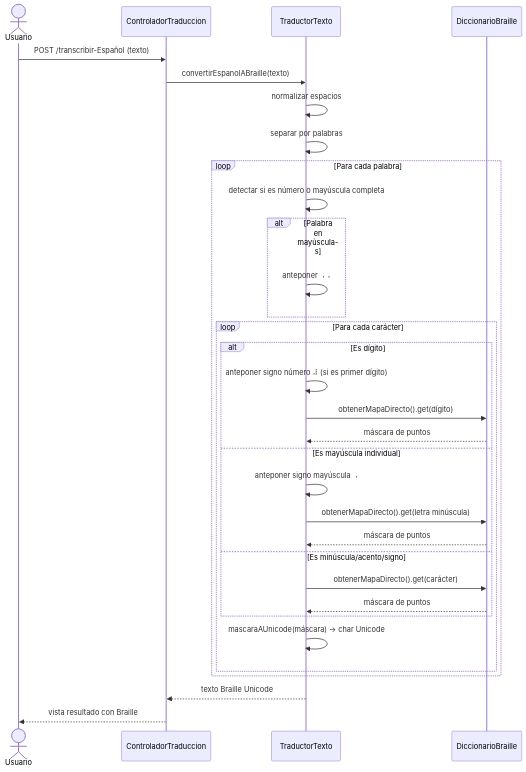
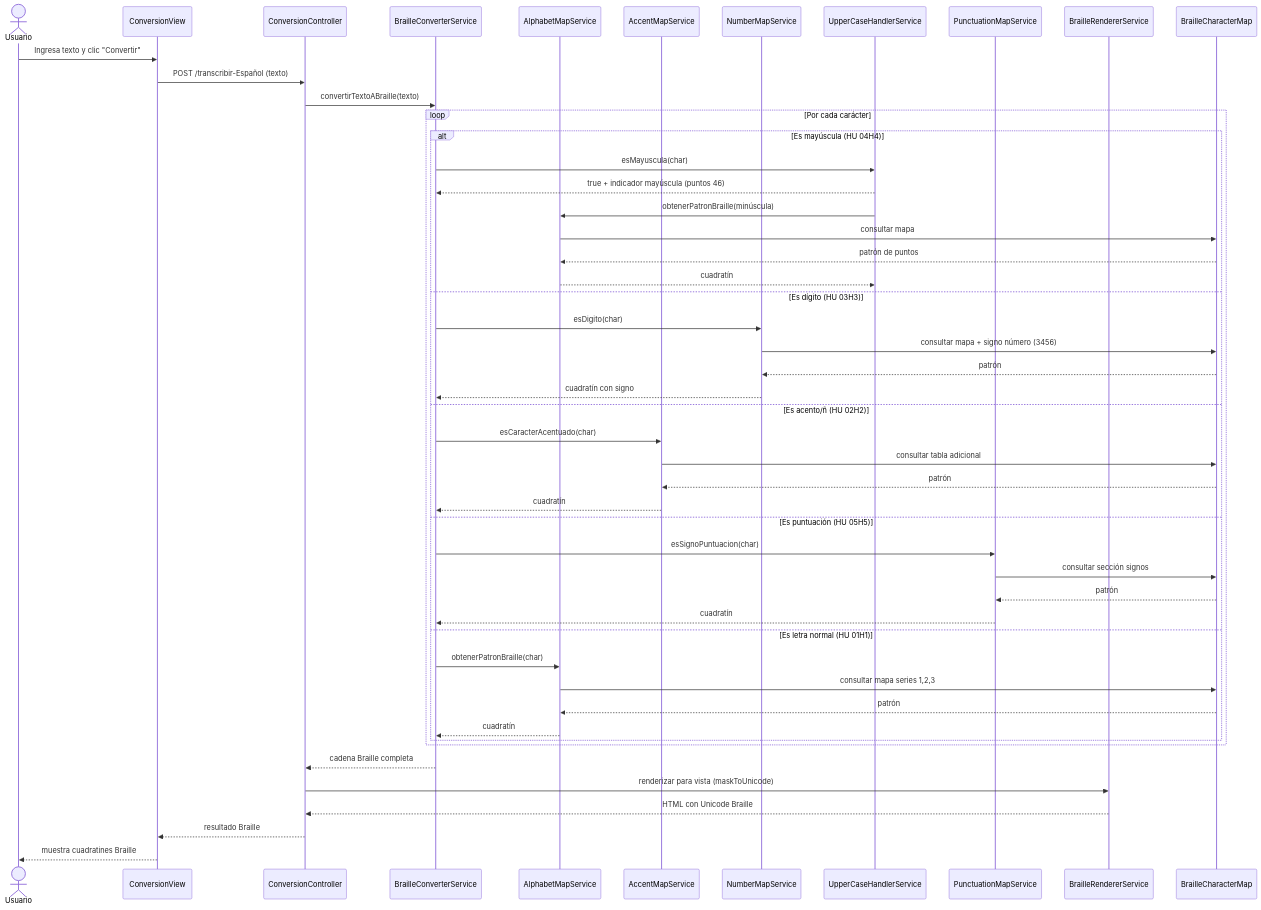
One commit to MRGonorrea79/Proyecto-Agile changed the second of 3 diagrams in docs/design/diagrama-de-clases.md. Above: the diagram before and after it, drawn with Mermaid. The commit also changed other lines of this file, not shown here.

First line of the commit message:
Update diagrama-de-clases.md

````diff
--- a/docs/design/diagrama-de-clases.md
+++ b/docs/design/diagrama-de-clases.md
@@ -122,37 +177,55 @@
 ```mermaid
 sequenceDiagram
     actor U as Usuario
-    participant C as ControladorTraduccion
-    participant T as TraductorTexto
-    participant D as DiccionarioBraille
+    participant V as ConversionView
+    participant C as ConversionController
+    participant S as BrailleConverterService
+    participant A as AlphabetMapService
+    participant Ac as AccentMapService
+    participant N as NumberMapService
+    participant Up as UpperCaseHandlerService
+    participant P as PunctuationMapService
+    participant R as BrailleRendererService
+    participant M as BrailleCharacterMap
 
-    U->>C: POST /transcribir-Español (texto)
-    C->>T: convertirEspanolABraille(texto)
-    T->>T: normalizar espacios
-    T->>T: separar por palabras
-
-    loop Para cada palabra
-        T->>T: detectar si es número o mayúscula completa
-        alt Palabra en mayúsculas
-            T->>T: anteponer ⠠⠠
-        end
-        loop Para cada carácter
-            alt Es dígito
-                T->>T: anteponer signo número ⠼ (si es primer dígito)
-                T->>D: obtenerMapaDirecto().get(dígito)
-                D-->>T: máscara de puntos
-            else Es mayúscula individual
-                T->>T: anteponer signo mayúscula ⠠
-                T->>D: obtenerMapaDirecto().get(letra minúscula)
-                D-->>T: máscara de puntos
-            else Es minúscula/acento/signo
-                T->>D: obtenerMapaDirecto().get(carácter)
-                D-->>T: máscara de puntos
-            end
-            T->>T: mascaraAUnicode(máscara) → char Unicode
+    U->>V: Ingresa texto y clic "Convertir"
+    V->>C: POST /transcribir-Español (texto)
+    C->>S: convertirTextoABraille(texto)
+    
+    loop Por cada carácter
+        alt Es mayúscula (HU 04H4)
+            S->>Up: esMayuscula(char)
+            Up-->>S: true + indicador mayúscula (puntos 46)
+            Up->>A: obtenerPatronBraille(minúscula)
+            A->>M: consultar mapa
+            M-->>A: patrón de puntos
+            A-->>Up: cuadratín
+        else Es dígito (HU 03H3)
+            S->>N: esDigito(char)
+            N->>M: consultar mapa + signo número (3456)
+            M-->>N: patrón
+            N-->>S: cuadratín con signo
+        else Es acento/ñ (HU 02H2)
+            S->>Ac: esCaracterAcentuado(char)
+            Ac->>M: consultar tabla adicional
+            M-->>Ac: patrón
+            Ac-->>S: cuadratín
+        else Es puntuación (HU 05H5)
+            S->>P: esSignoPuntuacion(char)
+            P->>M: consultar sección signos
+            M-->>P: patrón
+            P-->>S: cuadratín
+        else Es letra normal (HU 01H1)
+            S->>A: obtenerPatronBraille(char)
+            A->>M: consultar mapa series 1,2,3
+            M-->>A: patrón
+            A-->>S: cuadratín
         end
     end
-
-    T-->>C: texto Braille Unicode
-    C-->>U: vista resultado con Braille
+    
+    S-->>C: cadena Braille completa
+    C->>R: renderizar para vista (maskToUnicode)
+    R-->>C: HTML con Unicode Braille
+    C-->>V: resultado Braille
+    V-->>U: muestra cuadratines Braille
 ```
````
